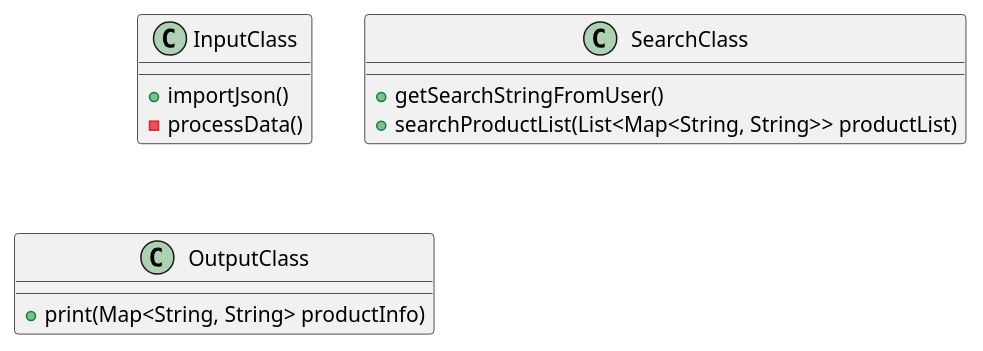
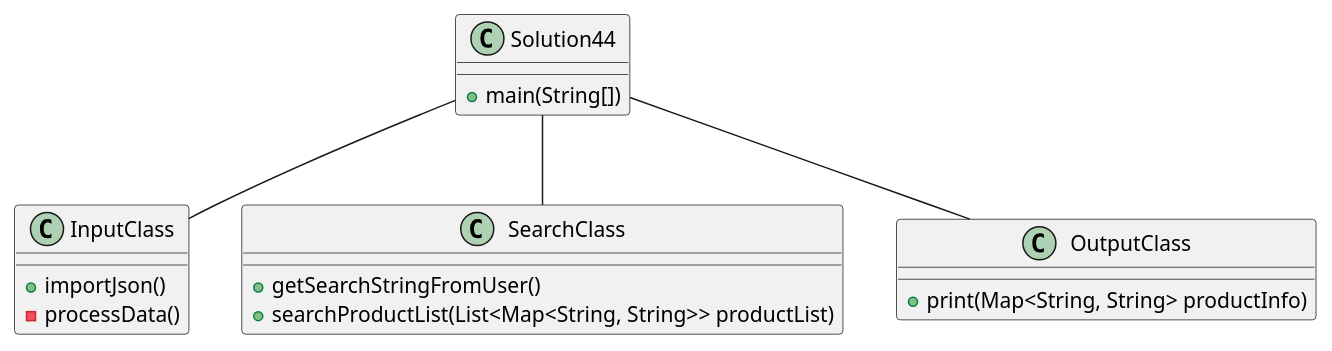
Before and after one commit to BlakeLoch/lochmandy-a04: the diagram in exercise44/docs/Class Diagram.puml, drawn with PlantUML. The commit also changed 11 other files, not shown here.

Commit message:
Adjust Class Diagrams

```diff
--- a/exercise44/docs/Class Diagram.puml
+++ b/exercise44/docs/Class Diagram.puml
@@ -1,17 +1,25 @@
 @startuml
 
 class InputClass {
   +importJson()
   -processData()
 }
 
 class SearchClass {
   +getSearchStringFromUser()
   +searchProductList(List<Map<String, String>> productList)
 }
 
 class OutputClass {
   +print(Map<String, String> productInfo)
 }
 
+class Solution44 {
++main(String[])
+}
+
+Solution44 -- InputClass
+Solution44 -- SearchClass
+Solution44 -- OutputClass
+
 @enduml
```
